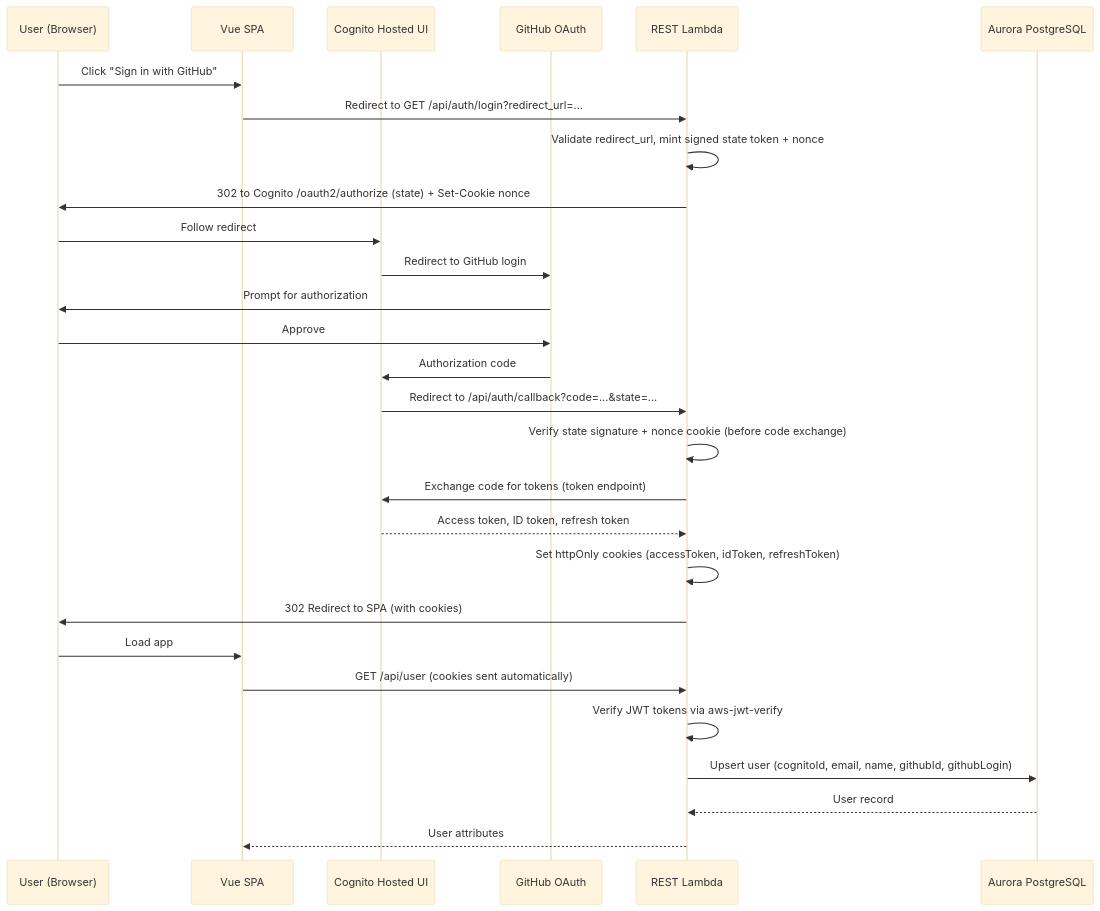
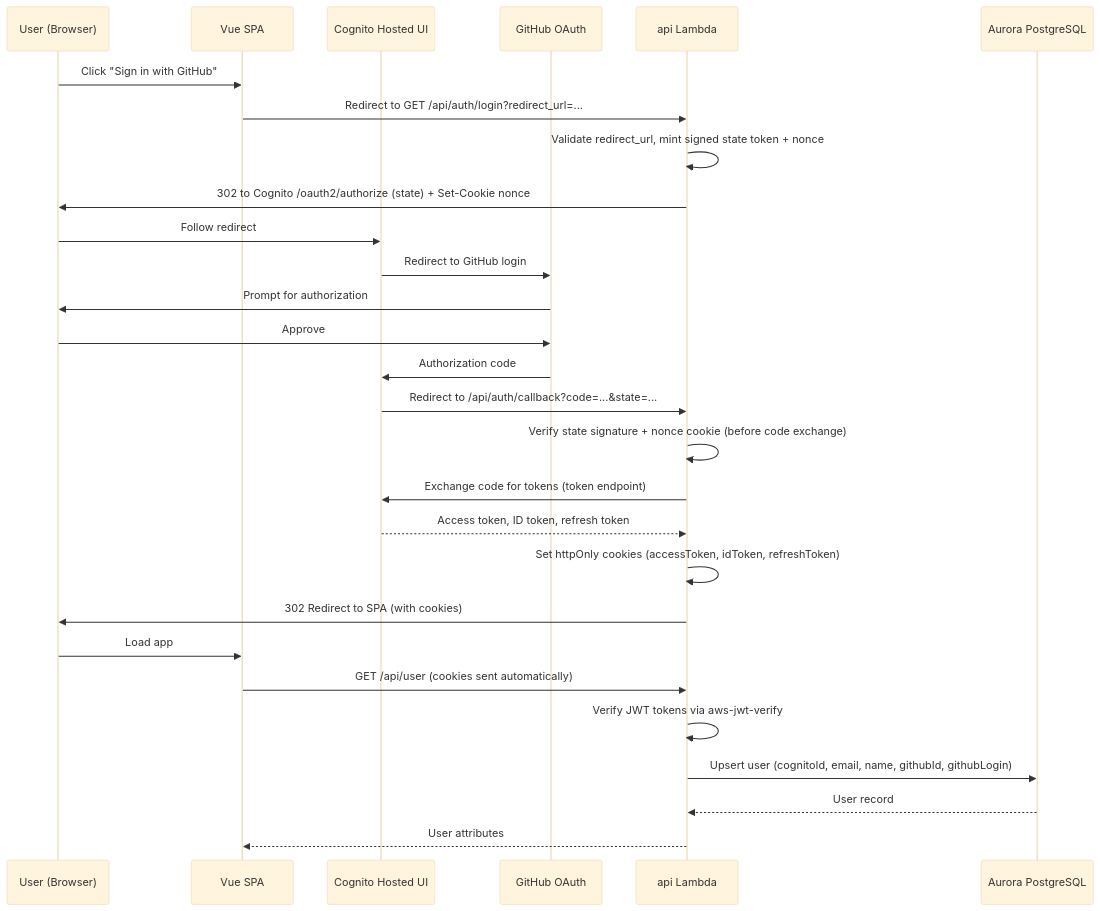
The diagram in apps/docs/docs/technical/authentication.md (Mi3-14159/GitGazer), drawn with Mermaid (base theme) before and after one commit. The commit also changed other lines of this file and 27 other files, not shown here.

````diff
--- a/apps/docs/docs/technical/authentication.md
+++ b/apps/docs/docs/technical/authentication.md
@@ -13,31 +13,31 @@
 ```mermaid
 sequenceDiagram
     participant User as User (Browser)
     participant SPA as Vue SPA
     participant Cognito as Cognito Hosted UI
     participant GitHub as GitHub OAuth
-    participant API as REST Lambda
+    participant API as api Lambda
     participant DB as Aurora PostgreSQL
 
     User->>SPA: Click "Sign in with GitHub"
     SPA->>API: Redirect to GET /api/auth/login?redirect_url=...
     API->>API: Validate redirect_url, mint signed state token + nonce
     API->>User: 302 to Cognito /oauth2/authorize (state) + Set-Cookie nonce
     User->>Cognito: Follow redirect
     Cognito->>GitHub: Redirect to GitHub login
     GitHub->>User: Prompt for authorization
     User->>GitHub: Approve
     GitHub->>Cognito: Authorization code
     Cognito->>API: Redirect to /api/auth/callback?code=...&state=...
     API->>API: Verify state signature + nonce cookie (before code exchange)
     API->>Cognito: Exchange code for tokens (token endpoint)
     Cognito-->>API: Access token, ID token, refresh token
     API->>API: Set httpOnly cookies (accessToken, idToken, refreshToken)
     API->>User: 302 Redirect to SPA (with cookies)
     User->>SPA: Load app
     SPA->>API: GET /api/user (cookies sent automatically)
     API->>API: Verify JWT tokens via aws-jwt-verify
     API->>DB: Upsert user (cognitoId, email, name, githubId, githubLogin)
     DB-->>API: User record
     API-->>SPA: User attributes
 ```
````
